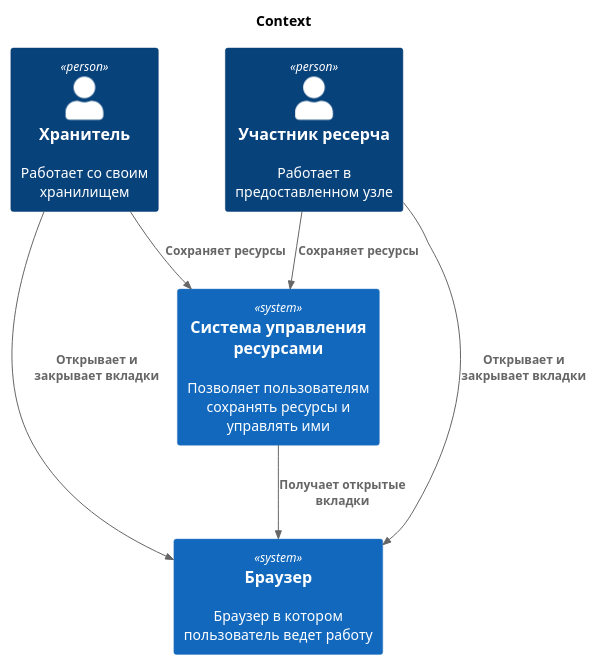
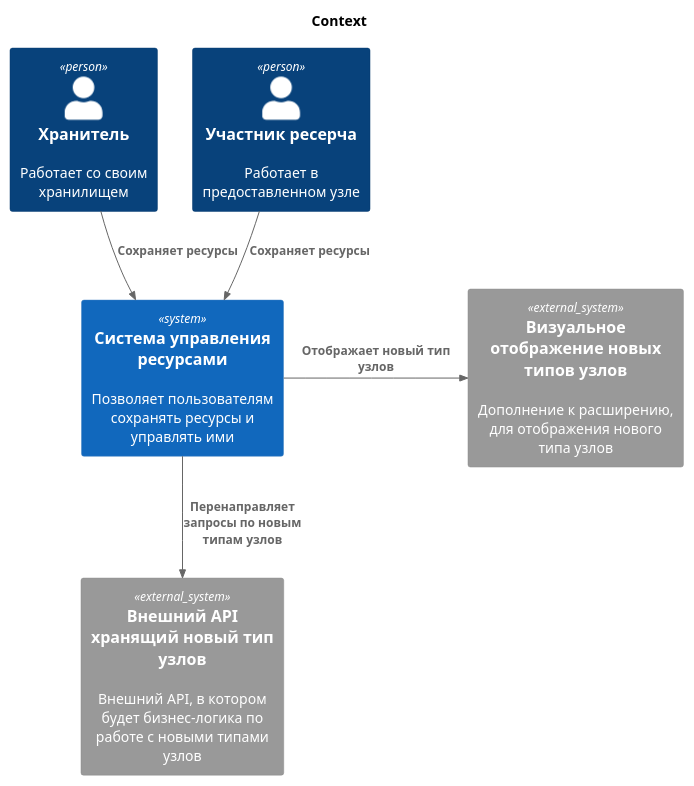
One commit to k-sannikov/links-arch changed the diagram in 2. Технический проект/C4-Context.md. Above: the diagram before and after it, drawn with PlantUML. The commit also changed 5 other files, not shown here.

````diff
--- a/2. Технический проект/C4-Context.md
+++ b/2. Технический проект/C4-Context.md
@@ -1,21 +1,21 @@
 ```plantuml
-!include https://raw.githubusercontent.com/plantuml-stdlib/C4-PlantUML/master/C4_Container.puml
+!include https://raw.githubusercontent.com/plantuml-stdlib/C4-PlantUML/master/C4_Context.puml
 
 title Context
 
 Person(Customer, "Хранитель", "Работает со своим хранилищем")
 Person(Guest, "Участник ресерча", "Работает в предоставленном узле")
 
 System(App, "Система управления ресурсами", "Позволяет пользователям сохранять ресурсы и управлять ими")
 
-System(Browser, "Браузер", "Браузер в котором пользователь ведет работу")
+System_Ext(ExtApp, "Визуальное отображение новых типов узлов", "Дополнение к расширению, для отображения нового типа узлов")
+System_Ext(ExtApi, "Внешний API хранящий новый тип узлов", "Внешний API, в котором будет бизнес-логика по работе с новыми типами узлов")
 
 Rel(Customer, App, "Сохраняет ресурсы")
-Rel(Customer, Browser, "Открывает и закрывает вкладки")
 
 Rel(Guest, App, "Сохраняет ресурсы")
-Rel(Guest, Browser, "Открывает и закрывает вкладки")
 
-Rel(App, Browser, "Получает открытые вкладки")
+Rel_Right(App, ExtApp, "Отображает новый тип узлов")
 
+Rel(App, ExtApi, "Перенаправляет запросы по новым типам узлов")
 ```
````
